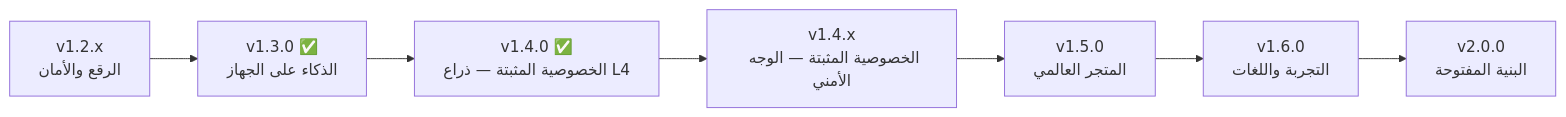
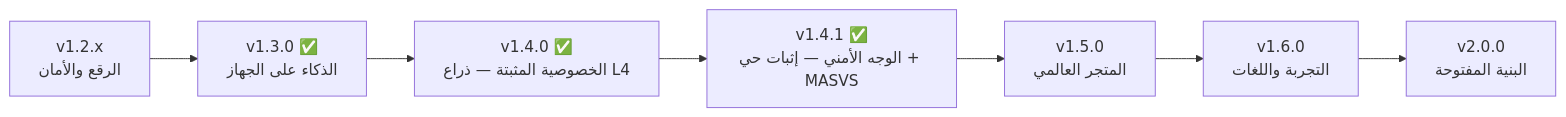
The first of 2 diagrams in docs/ROADMAP.md (CTO-DRS/DRS-Smart-Keyboard), drawn with Mermaid before and after one commit. The commit also changed other lines of this file and 16 other files, not shown here.

````diff
--- a/docs/ROADMAP.md
+++ b/docs/ROADMAP.md
@@ -58,9 +58,9 @@
 ```mermaid
 flowchart LR
     A["v1.2.x<br/>الرقع والأمان"] --> B["v1.3.0 ✅<br/>الذكاء على الجهاز"]
     B --> C["v1.4.0 ✅<br/>الخصوصية المثبتة — ذراع L4"]
-    C --> C2["v1.4.x<br/>الخصوصية المثبتة — الوجه الأمني"]
+    C --> C2["v1.4.1 ✅<br/>الوجه الأمني — إثبات حي + MASVS"]
     C2 --> D["v1.5.0<br/>المتجر العالمي"]
     D --> E["v1.6.0<br/>التجربة واللغات"]
     E --> F["v2.0.0<br/>البنية المفتوحة"]
 ```
````
